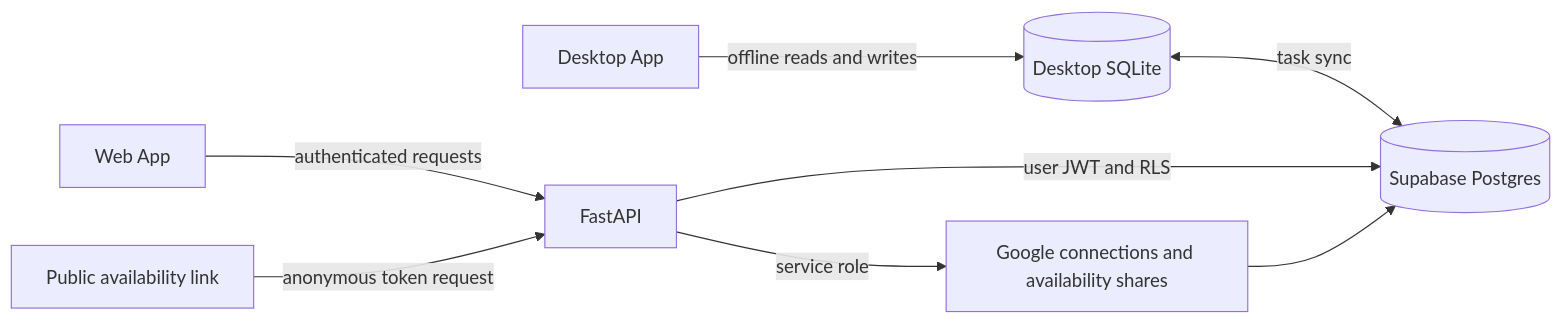
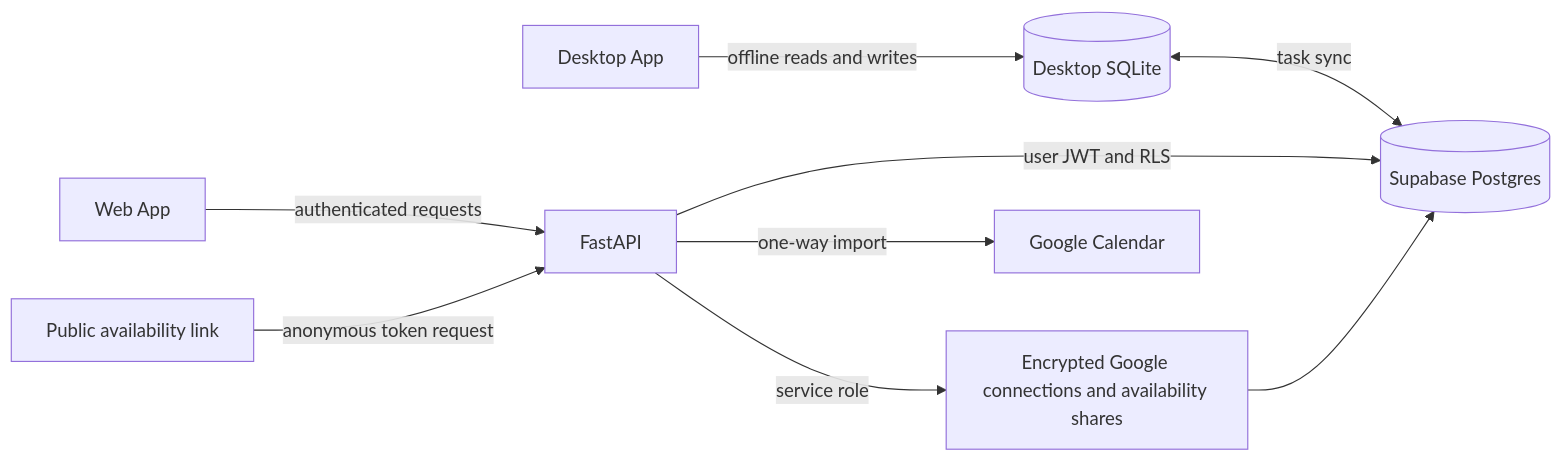
The third of 3 diagrams in DATABASE.md (ayman-tech/sway), drawn with Mermaid before and after one commit. The commit also changed other lines of this file and 38 other files, not shown here.

Commit message:
centralized google sync, encrypted store gcp cred, post auth redirect, change credentials added

````diff
--- a/DATABASE.md
+++ b/DATABASE.md
@@ -165,10 +171,11 @@
 ```mermaid
 flowchart LR
     Desktop[Desktop App] -->|offline reads and writes| SQLite[(Desktop SQLite)]
     SQLite <-->|task sync| Supabase[(Supabase Postgres)]
     Web[Web App] -->|authenticated requests| API[FastAPI]
     API -->|user JWT and RLS| Supabase
-    API -->|service role| Private[Google connections and availability shares]
+    API -->|service role| Private[Encrypted Google connections and availability shares]
     Private --> Supabase
+    API -->|one-way import| Google[Google Calendar]
     Public[Public availability link] -->|anonymous token request| API
 ```
````
